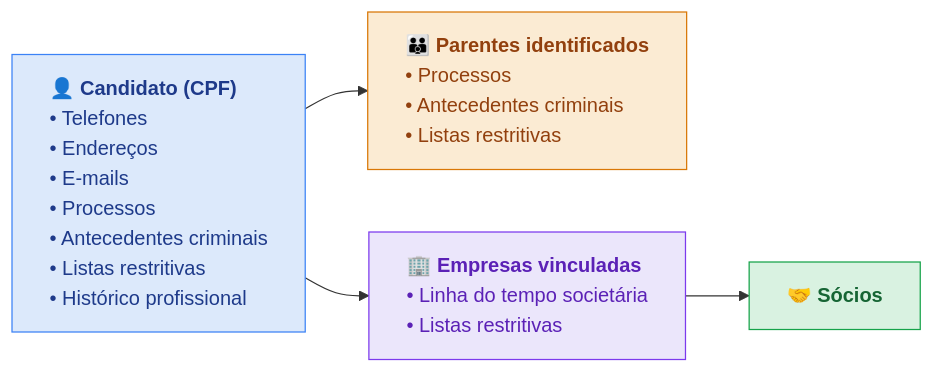
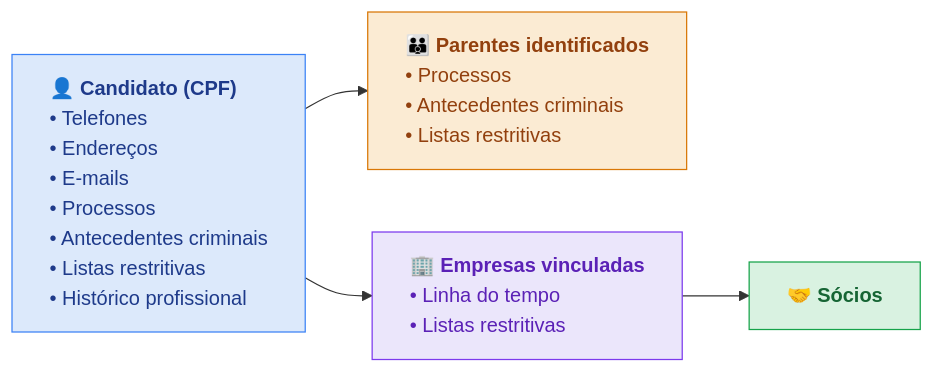
The diagram in perfis/rh-candidato.mdx (Sherlocker-LTDA/docs), drawn with Mermaid before and after one commit.

Commit message:
docs(perfis): 'Linha do tempo' (não só societária — inclui alterações cadastrais)

````diff
--- a/perfis/rh-candidato.mdx
+++ b/perfis/rh-candidato.mdx
@@ -22,16 +22,16 @@
 ```mermaid
 flowchart LR
   C["<div style='text-align:left'><b>👤 Candidato (CPF)</b><br/>• Telefones<br/>• Endereços<br/>• E-mails<br/>• Processos<br/>• Antecedentes criminais<br/>• Listas restritivas<br/>• Histórico profissional</div>"]
   P["<div style='text-align:left'><b>👪 Parentes identificados</b><br/>• Processos<br/>• Antecedentes criminais<br/>• Listas restritivas</div>"]
-  E["<div style='text-align:left'><b>🏢 Empresas vinculadas</b><br/>• Linha do tempo societária<br/>• Listas restritivas</div>"]
+  E["<div style='text-align:left'><b>🏢 Empresas vinculadas</b><br/>• Linha do tempo<br/>• Listas restritivas</div>"]
   S["<div style='text-align:left'><b>🤝 Sócios</b></div>"]
 
   C --> P
   C --> E
   E --> S
 
   style C fill:#DCE9FB,stroke:#3B82F6,color:#1E3A8A
   style P fill:#FBEBD3,stroke:#D97706,color:#92400E
   style E fill:#EBE6FB,stroke:#7C3AED,color:#5B21B6
   style S fill:#D9F2E1,stroke:#16A34A,color:#166534
 ```
````
